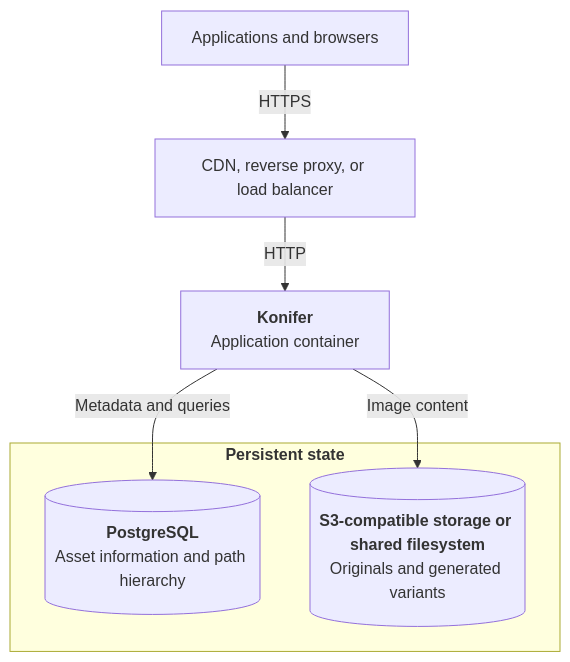
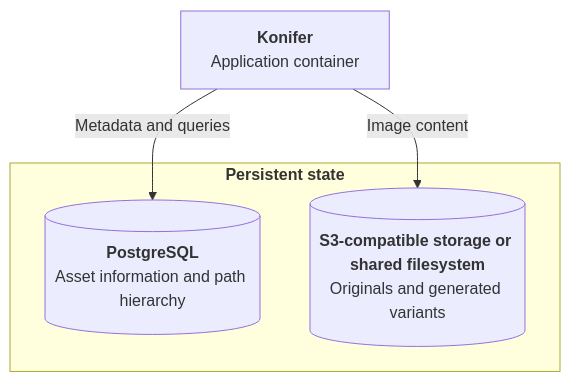
One commit to dmaiken/konifer-docs changed the diagram in docs/operate/deployment.md. Above: the diagram before and after it, drawn with Mermaid. The commit also changed other lines of this file and 53 other files, not shown here.

````diff
--- a/docs/operate/deployment.md
+++ b/docs/operate/deployment.md
@@ -13,16 +9,12 @@
 ```mermaid
 flowchart TB
-    clients["Applications and browsers"]
-    edge["CDN, reverse proxy, or load balancer"]
     konifer["<b>Konifer</b><br/>Application container"]
 
     subgraph state["<b>Persistent state</b>"]
         postgres[("<b>PostgreSQL</b><br/>Asset information and path hierarchy")]
         storage[("<b>S3-compatible storage or shared filesystem</b><br/>Originals and generated variants")]
     end
 
-    clients -->|HTTPS| edge
-    edge -->|HTTP| konifer
     konifer -->|Metadata and queries| postgres
     konifer -->|Image content| storage
 ```
````
